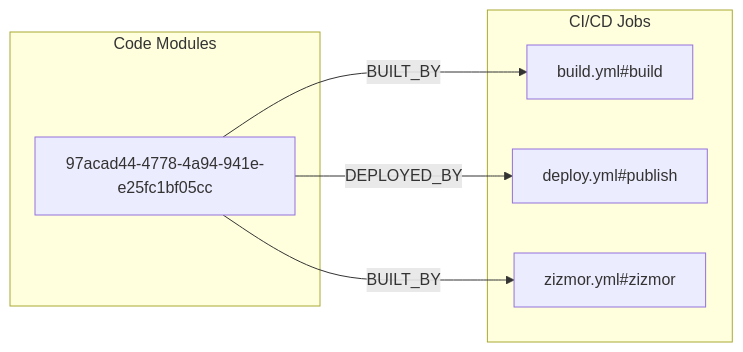
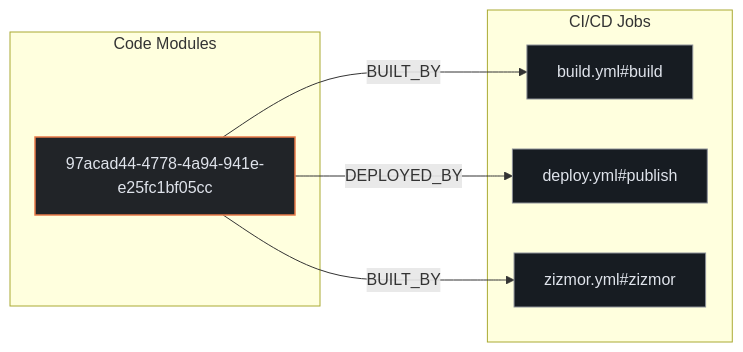
The second of 3 diagrams in exports/latest/reports/langfuse-langfuse-java-report.md (kumarshaz/atruss-code-atlas), drawn with Mermaid before and after one commit. The commit also changed other lines of this file and 331 other files, not shown here.

Commit message:
docs,ui,fix: update SDLC docs, reorder CI/CD DAG first, stylize Mermaid, and fix Arc42 pipeline topology

````diff
--- a/exports/latest/reports/langfuse-langfuse-java-report.md
+++ b/exports/latest/reports/langfuse-langfuse-java-report.md
@@ -88,14 +95,18 @@
 ```mermaid
 flowchart LR
+    classDef atlasCategory fill:#212428,stroke:#E87A48,stroke-width:1.5px,color:#dfe3eb
+    classDef atlasWorkflow fill:#1b2026,stroke:#a3c9ff,stroke-width:1.5px,color:#dfe3eb
+    classDef atlasJob fill:#171c22,stroke:#8d9199,stroke-width:1px,color:#dfe3eb
+    classDef atlasTarget fill:#005227,stroke:#8bd99b,stroke-width:1.5px,color:#a7f6b6
     subgraph code_modules["Code Modules"]
-        mod_97acad44_4778_4a94_941e_e25fc1bf05cc["97acad44-4778-4a94-941e-e25fc1bf05cc"]
+        mod_97acad44_4778_4a94_941e_e25fc1bf05cc["97acad44-4778-4a94-941e-e25fc1bf05cc"]:::atlasCategory
     end
     subgraph ci_jobs["CI/CD Jobs"]
-        job_build_yml_build["build.yml#build"]
-        job_deploy_yml_publish["deploy.yml#publish"]
-        job_zizmor_yml_zizmor["zizmor.yml#zizmor"]
+        job_build_yml_build["build.yml#build"]:::atlasJob
+        job_deploy_yml_publish["deploy.yml#publish"]:::atlasJob
+        job_zizmor_yml_zizmor["zizmor.yml#zizmor"]:::atlasJob
     end
     mod_97acad44_4778_4a94_941e_e25fc1bf05cc -->|BUILT_BY| job_build_yml_build
     mod_97acad44_4778_4a94_941e_e25fc1bf05cc -->|BUILT_BY| job_zizmor_yml_zizmor
     mod_97acad44_4778_4a94_941e_e25fc1bf05cc -->|DEPLOYED_BY| job_deploy_yml_publish
 ```
````
